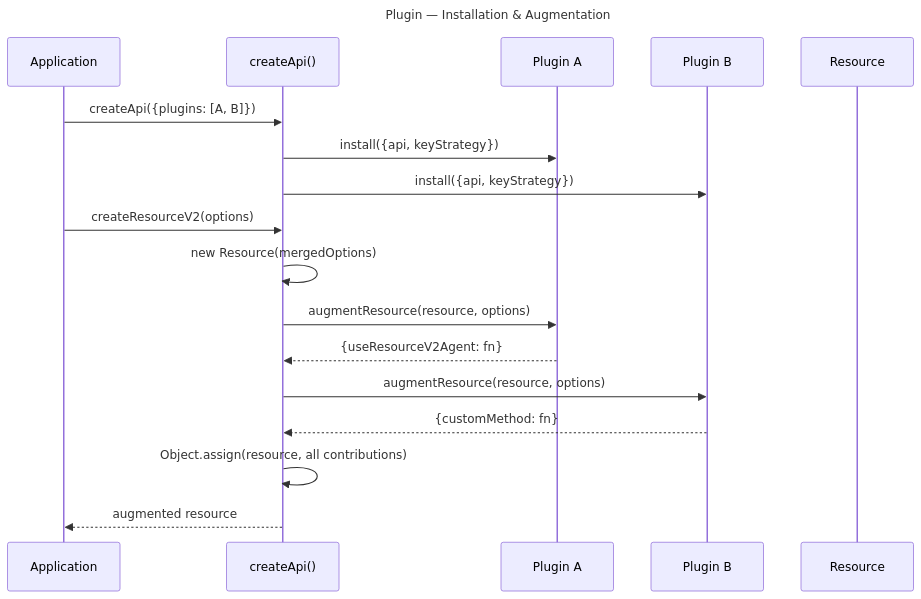
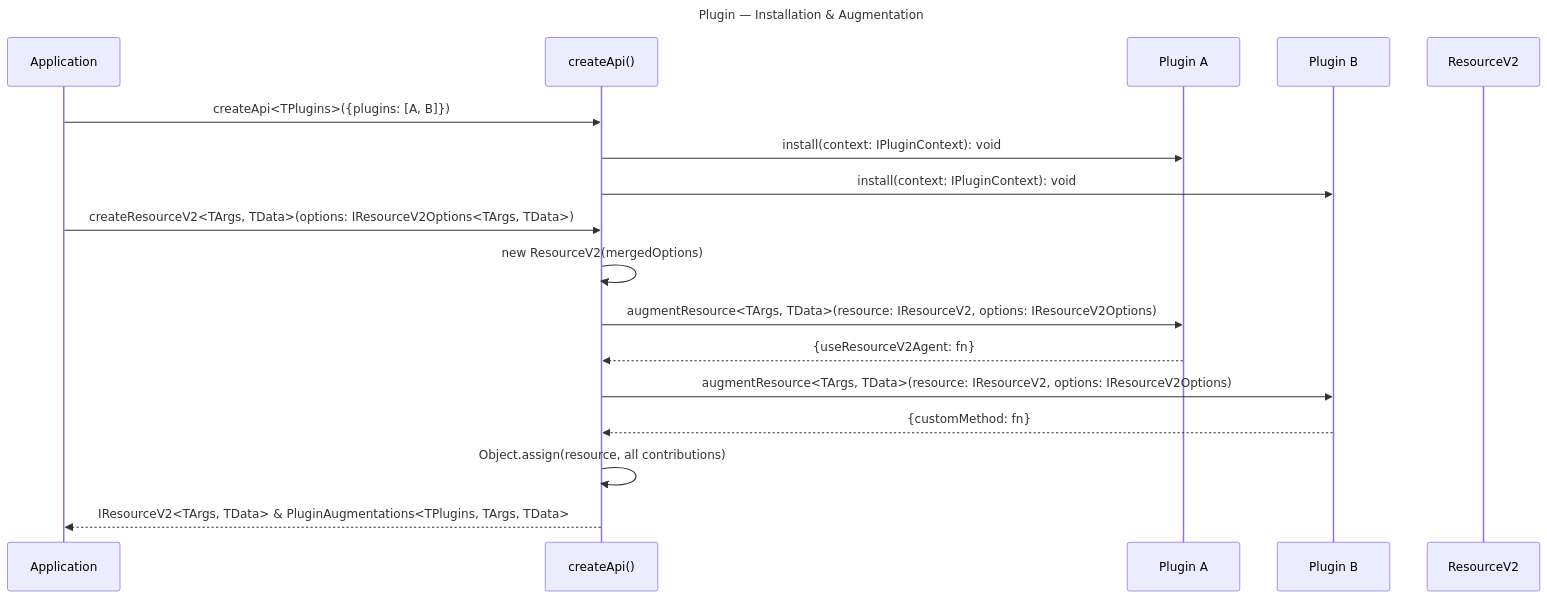
Before and after one commit to fozy-labs/rx-toolkit: the tenth of 19 diagrams in .thoughts/2026-03-23-1400_query-v2-full-implementation/02-design/02-dataflow.md, drawn with Mermaid. The commit also changed other lines of this file and 204 other files, not shown here.

````diff
--- a/.thoughts/2026-03-23-1400_query-v2-full-implementation/02-design/02-dataflow.md
+++ b/.thoughts/2026-03-23-1400_query-v2-full-implementation/02-design/02-dataflow.md
@@ -295,22 +310,22 @@
 ```mermaid
 sequenceDiagram
     title Plugin — Installation & Augmentation
     participant App as Application
     participant API as createApi()
     participant P1 as Plugin A
     participant P2 as Plugin B
-    participant Res as Resource
+    participant Res as ResourceV2
     
-    App->>API: createApi({plugins: [A, B]})
-    API->>P1: install({api, keyStrategy})
-    API->>P2: install({api, keyStrategy})
+    App->>API: createApi<TPlugins>({plugins: [A, B]})
+    API->>P1: install(context: IPluginContext): void
+    API->>P2: install(context: IPluginContext): void
     
-    App->>API: createResourceV2(options)
-    API->>API: new Resource(mergedOptions)
-    API->>P1: augmentResource(resource, options)
+    App->>API: createResourceV2<TArgs, TData>(options: IResourceV2Options<TArgs, TData>)
+    API->>API: new ResourceV2(mergedOptions)
+    API->>P1: augmentResource<TArgs, TData>(resource: IResourceV2, options: IResourceV2Options)
     P1-->>API: {useResourceV2Agent: fn}
-    API->>P2: augmentResource(resource, options)
+    API->>P2: augmentResource<TArgs, TData>(resource: IResourceV2, options: IResourceV2Options)
     P2-->>API: {customMethod: fn}
     API->>API: Object.assign(resource, all contributions)
-    API-->>App: augmented resource
+    API-->>App: IResourceV2<TArgs, TData> & PluginAugmentations<TPlugins, TArgs, TData>
 ```
````
